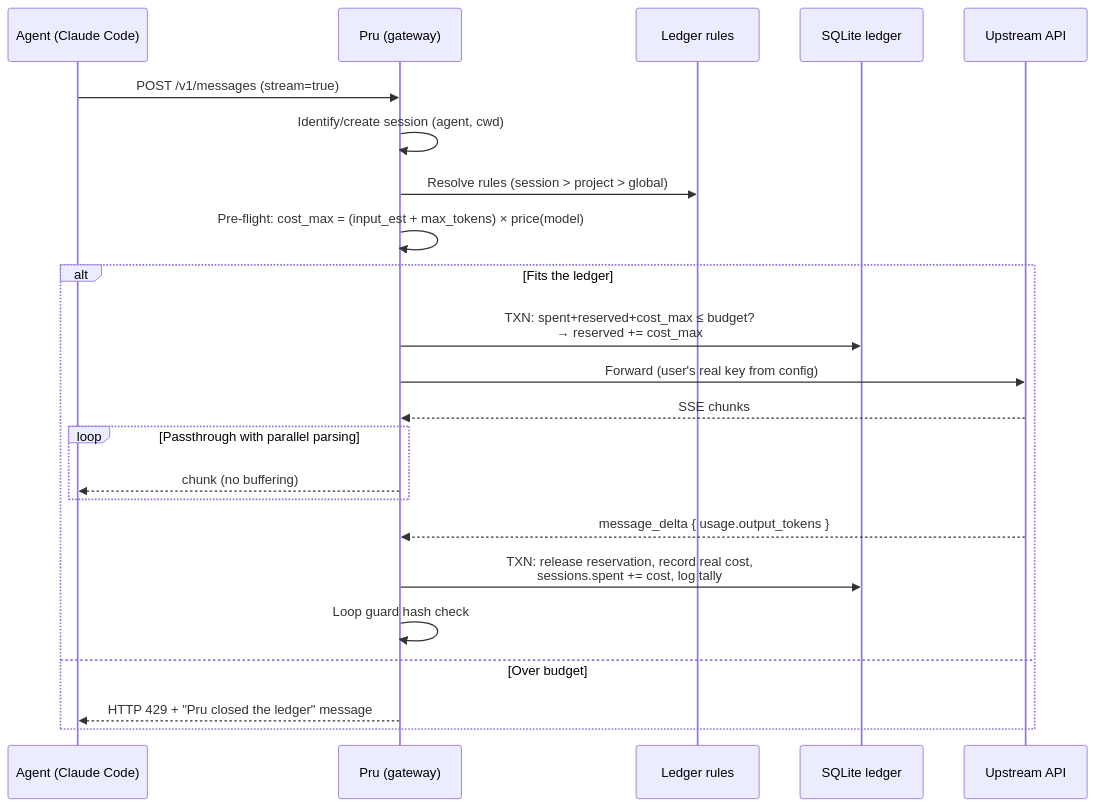
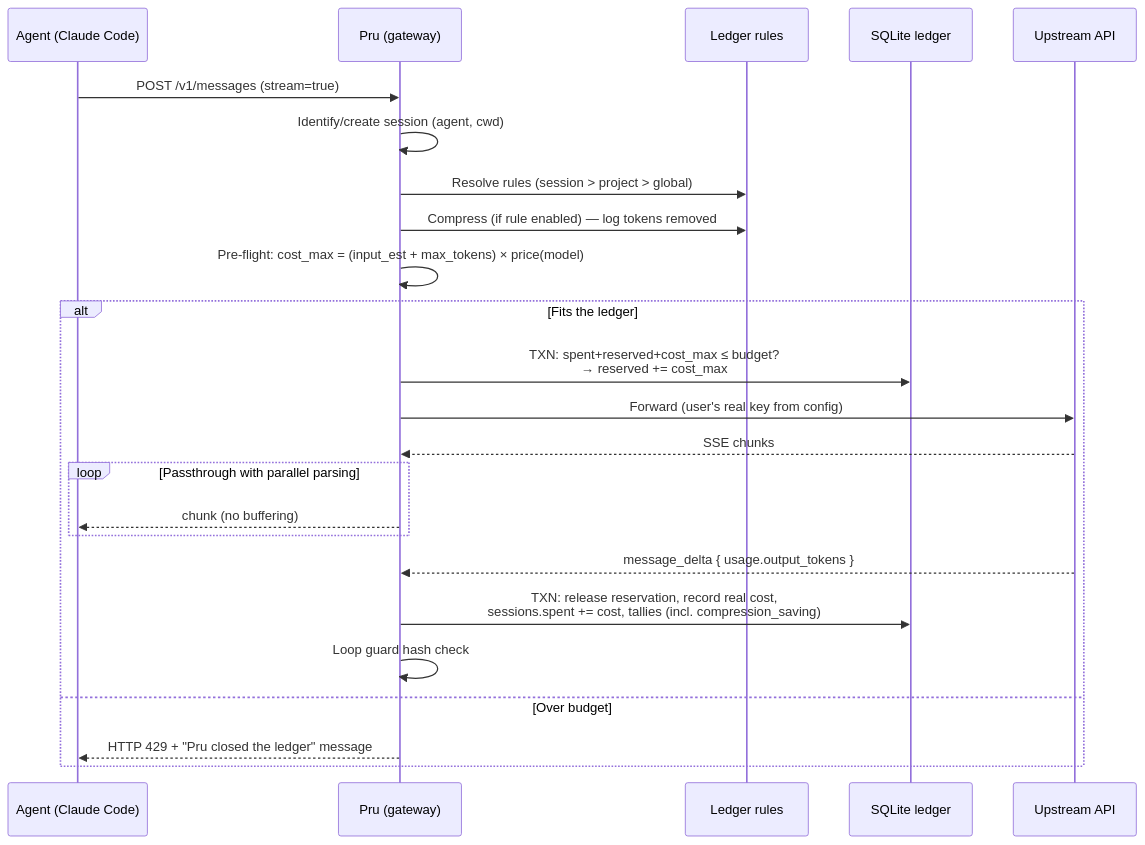
Before and after one commit to prudence-cli/prudence: the second of 4 diagrams in implementation-plans-prudence.md, drawn with Mermaid. The commit also changed other lines of this file and 1 other file, not shown here.

Commit message:
docs: Runcap deep-dive, compression parity, F0 gate

````diff
--- a/implementation-plans-prudence.md
+++ b/implementation-plans-prudence.md
@@ -213,27 +242,28 @@
 ```mermaid
 sequenceDiagram
     participant A as Agent (Claude Code)
     participant P as Pru (gateway)
     participant R as Ledger rules
     participant D as SQLite ledger
     participant U as Upstream API
 
     A->>P: POST /v1/messages (stream=true)
     P->>P: Identify/create session (agent, cwd)
     P->>R: Resolve rules (session > project > global)
+    P->>R: Compress (if rule enabled) — log tokens removed
     P->>P: Pre-flight: cost_max = (input_est + max_tokens) × price(model)
 
     alt Fits the ledger
         P->>D: TXN: spent+reserved+cost_max ≤ budget?<br/>→ reserved += cost_max
         P->>U: Forward (user's real key from config)
         U-->>P: SSE chunks
         loop Passthrough with parallel parsing
             P-->>A: chunk (no buffering)
         end
         U-->>P: message_delta { usage.output_tokens }
-        P->>D: TXN: release reservation, record real cost,<br/>sessions.spent += cost, log tally
+        P->>D: TXN: release reservation, record real cost,<br/>sessions.spent += cost, tallies (incl. compression_saving)
         P->>P: Loop guard hash check
     else Over budget
         P-->>A: HTTP 429 + "Pru closed the ledger" message
     end
 ```
````
